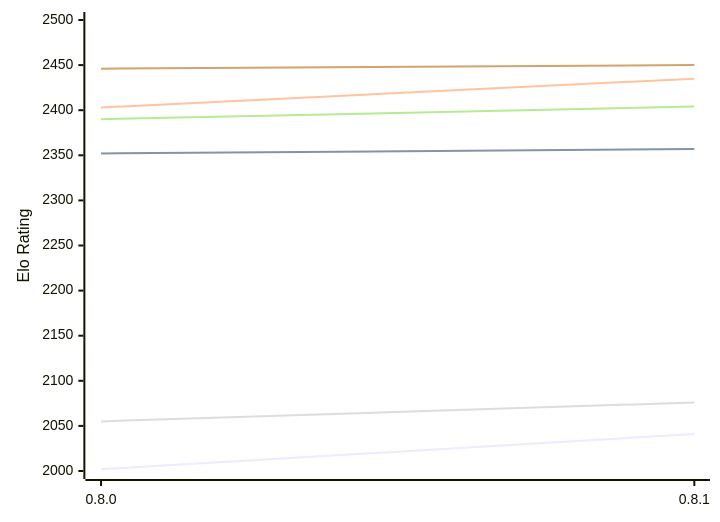
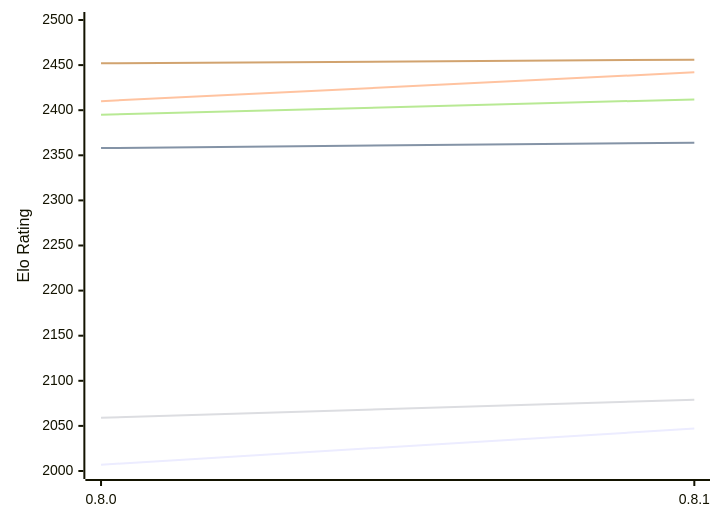
The diagram in engines/LittleWing.md (computer-chess-index/cci), drawn with Mermaid before and after one commit. The commit also changed other lines of this file, not shown here.

Commit message:
Update CCI Ratings (ELO VLTC) - 2026-11-03

````diff
--- a/engines/LittleWing.md
+++ b/engines/LittleWing.md
@@ -49,12 +49,12 @@
 ```mermaid
 %%{init: {"theme":"base","themeVariables":{"seriesColors:['#a3a3a3','#222221','#faa371']}}}%%
 xychart-beta
   x-axis ["0.8.0", "0.8.1"]
   y-axis "Elo Rating" 2000 --> 2500
-  line "E1: STC (8.0+0.08s)" [2002, 2041]
-  line "E1: LTC (60.0+0.60s)" [2352, 2357]
-  line "E1: VLTC (2m24s+1.12s)" [2403, 2435]
-  line "P1: STC (8.0+0.08s)" [2055, 2076]
-  line "P1: LTC (60.0+0.60s)" [2390, 2404]
-  line "P1: VLTC (2m24s+1.12s)" [2446, 2450]
+  line "E1: STC (8.0+0.08s)" [2007, 2047]
+  line "E1: LTC (60.0+0.60s)" [2358, 2364]
+  line "E1: VLTC (2m24s+1.12s)" [2410, 2442]
+  line "P1: STC (8.0+0.08s)" [2059, 2079]
+  line "P1: LTC (60.0+0.60s)" [2395, 2412]
+  line "P1: VLTC (2m24s+1.12s)" [2452, 2456]
 ```
````
